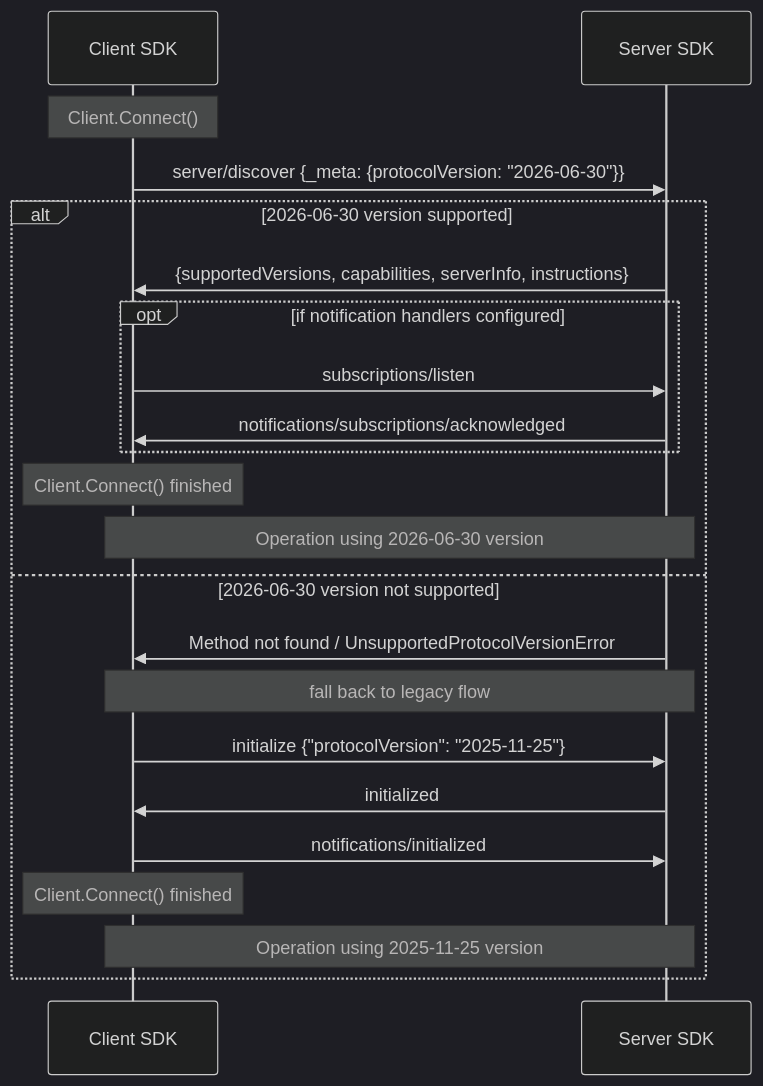
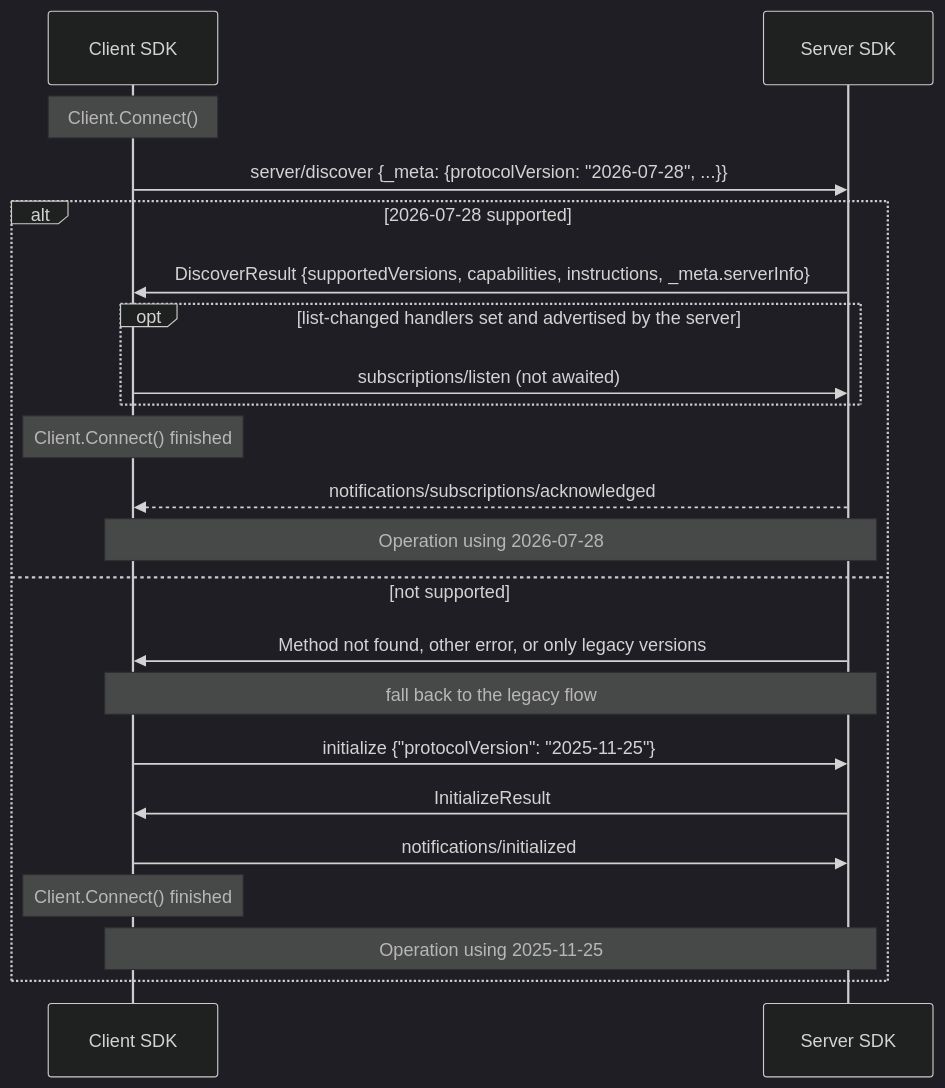
One commit to modelcontextprotocol/go-sdk changed the third of 3 diagrams in design/stateless.md. Above: the diagram before and after it, drawn with Mermaid (dark theme). The commit also changed other lines of this file, not shown here.

````diff
--- a/design/stateless.md
+++ b/design/stateless.md
@@ -387,26 +430,26 @@
 ```mermaid
 sequenceDiagram
     participant c as Client SDK
     participant s as Server SDK
 
     Note over c: Client.Connect()
-    c->>s: server/discover {_meta: {protocolVersion: "2026-06-30"}}
-    
-    alt 2026-06-30 version supported
-        s->>c: {supportedVersions, capabilities, serverInfo, instructions}
-        opt if notification handlers configured
-            c->>s: subscriptions/listen
-            s->>c: notifications/subscriptions/acknowledged
+    c->>s: server/discover {_meta: {protocolVersion: "2026-07-28", ...}}
+
+    alt 2026-07-28 supported
+        s->>c: DiscoverResult {supportedVersions, capabilities, instructions, _meta.serverInfo}
+        opt list-changed handlers set and advertised by the server
+            c->>s: subscriptions/listen (not awaited)
         end
         note over c: Client.Connect() finished
-        note over c,s: Operation using 2026-06-30 version
-    else 2026-06-30 version not supported
-        s->>c: Method not found / UnsupportedProtocolVersionError
-        note over c,s: fall back to legacy flow
+        s-->>c: notifications/subscriptions/acknowledged
+        note over c,s: Operation using 2026-07-28
+    else not supported
+        s->>c: Method not found, other error, or only legacy versions
+        note over c,s: fall back to the legacy flow
         c->>s: initialize {"protocolVersion": "2025-11-25"}
-        s->>c: initialized
+        s->>c: InitializeResult
         c->>s: notifications/initialized
         note over c: Client.Connect() finished
-        note over c,s: Operation using 2025-11-25 version
+        note over c,s: Operation using 2025-11-25
     end
 ```
````
